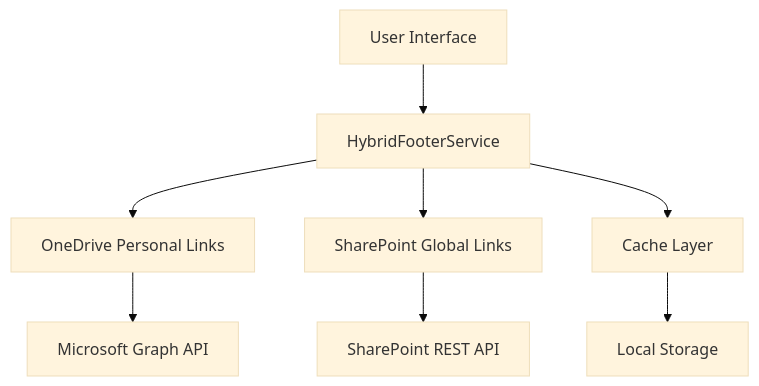
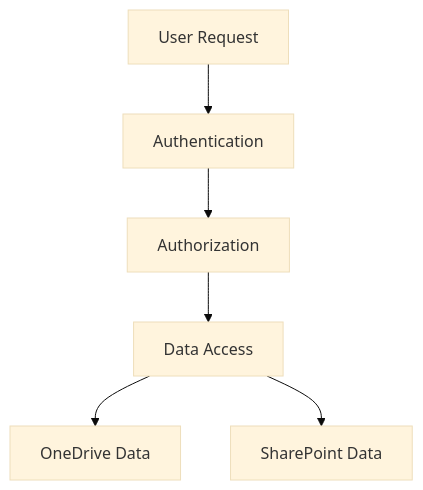
Before and after one commit to NicolasKheirallah/React-quick-links-collaboration-footer: the diagram in README.md, drawn with Mermaid (base theme). The commit also changed other lines of this file and 22 other files, not shown here.

````diff
--- a/README.md
+++ b/README.md
@@ -86,10 +649,8 @@
 ```mermaid
-graph TB
-    A[User Interface] --> B[HybridFooterService]
-    B --> C[OneDrive Personal Links]
-    B --> D[SharePoint Global Links]
-    C --> E[Microsoft Graph API]
-    D --> F[SharePoint REST API]
-    B --> G[Cache Layer]
-    G --> H[Local Storage]
+graph TD
+    A[User Request] --> B[Authentication]
+    B --> C[Authorization]
+    C --> D[Data Access]
+    D --> E[OneDrive Data]
+    D --> F[SharePoint Data]
 ```
````
